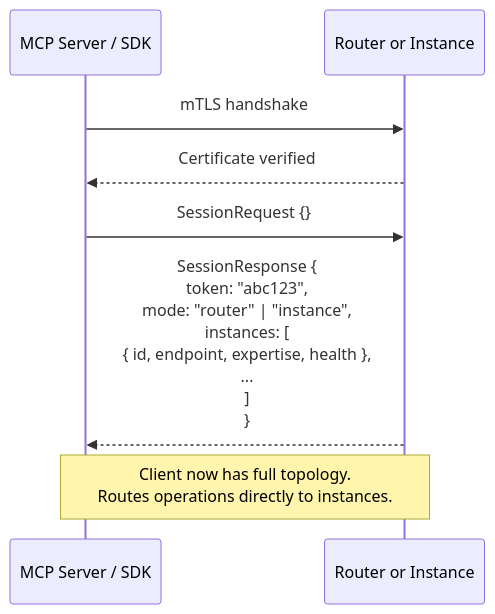
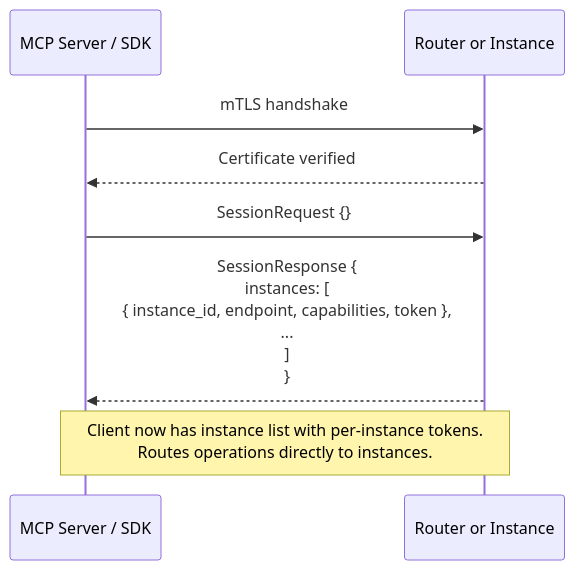
Before and after one commit to JDRay42/Boswell: diagram 12 of 15 in docs/architecture/01-architecture.md, drawn with Mermaid. The commit also changed other lines of this file and 1 other file, not shown here.

First line of the commit message:
refactor(arch): Router always present, per-instance tokens, clarify security model

````diff
--- a/docs/architecture/01-architecture.md
+++ b/docs/architecture/01-architecture.md
@@ -575,13 +735,13 @@
 ```mermaid
 sequenceDiagram
     participant Client as MCP Server / SDK
     participant Endpoint as Router or Instance
 
     Client->>Endpoint: mTLS handshake
     Endpoint-->>Client: Certificate verified
 
     Client->>Endpoint: SessionRequest {}
-    Endpoint-->>Client: SessionResponse {<br/>  token: "abc123",<br/>  mode: "router" | "instance",<br/>  instances: [<br/>    { id, endpoint, expertise, health },<br/>    ...<br/>  ]<br/>}
+    Endpoint-->>Client: SessionResponse {<br/>  instances: [<br/>    { instance_id, endpoint, capabilities, token },<br/>    ...<br/>  ]<br/>}
 
-    Note over Client,Endpoint: Client now has full topology.<br/>Routes operations directly to instances.
+    Note over Client,Endpoint: Client now has instance list with per-instance tokens.<br/>Routes operations directly to instances.
 ```
````
